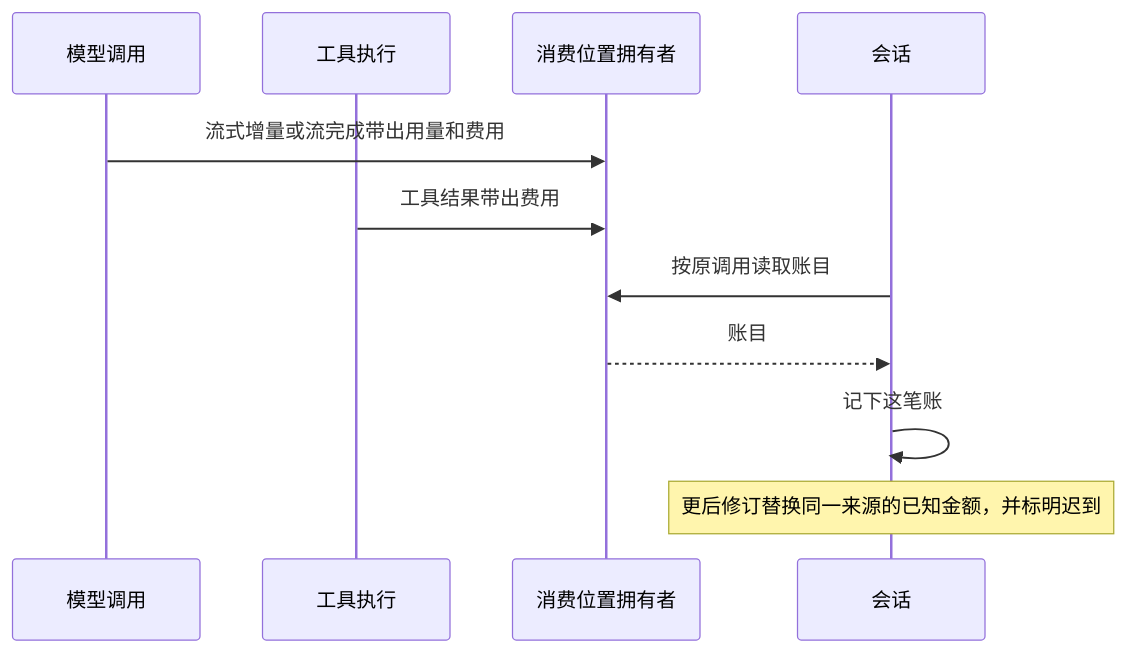
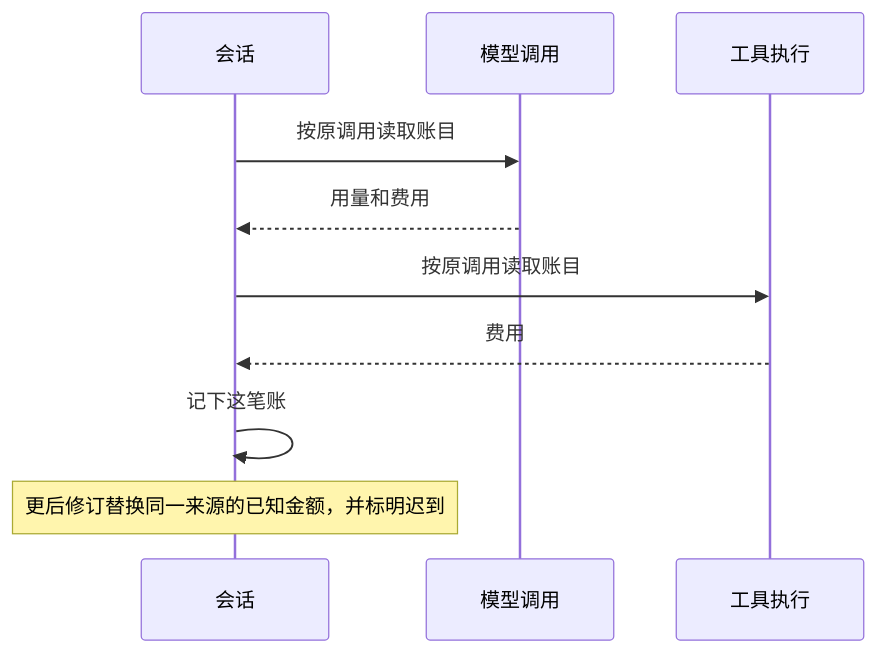
Before and after one commit to nemori-ai/omne-harness-lite: the second of 2 diagrams in docs/domains/sessions-and-work/README.md, drawn with Mermaid. The commit also changed other lines of this file and 17 other files, not shown here.

````diff
--- a/docs/domains/sessions-and-work/README.md
+++ b/docs/domains/sessions-and-work/README.md
@@ -62,13 +62,12 @@
 ```mermaid
 sequenceDiagram
+  participant Session as 会话
   participant Model as 模型调用
   participant Tool as 工具执行
-  participant Owner as 消费位置拥有者
-  participant Session as 会话
-  Model->>Owner: 流式增量或流完成带出用量和费用
-  Tool->>Owner: 工具结果带出费用
-  Session->>Owner: 按原调用读取账目
-  Owner-->>Session: 账目
+  Session->>Model: 按原调用读取账目
+  Model-->>Session: 用量和费用
+  Session->>Tool: 按原调用读取账目
+  Tool-->>Session: 费用
   Session->>Session: 记下这笔账
   Note over Session: 更后修订替换同一来源的已知金额，并标明迟到
 ```
````
